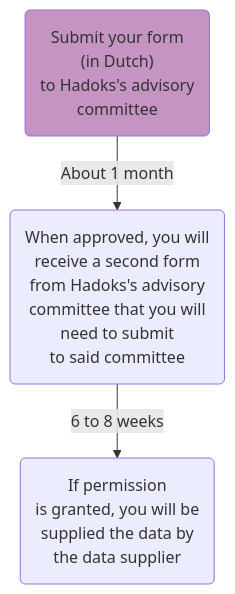
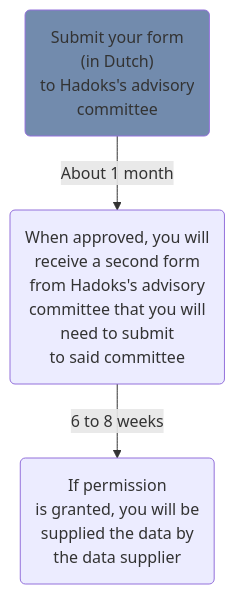
One commit to elan-dcc/elan-dcc.github.io changed the diagram in charts/hadoksdata.mmd. Above: the diagram before and after it, drawn with Mermaid. The commit also changed 83 other files, not shown here.

```diff
--- a/charts/hadoksdata.mmd
+++ b/charts/hadoksdata.mmd
@@ -1,17 +1,17 @@
 flowchart TD
     hadoks01("Submit your form 
     (in Dutch) 
     to Hadoks's advisory 
     committee") -->|About 1 month| hadoks02("When approved, you will 
     receive a second form 
     from Hadoks's advisory 
     committee that you will 
     need to submit
     to said committee")
     hadoks02 -->|6 to 8 weeks| hadoks03("If permission
     is granted, you will be 
     supplied the data by 
     the data supplier")
 
-    style hadoks01 fill:#c594c3
+    style hadoks01 fill:#728bad
     click hadoks01 "https://elan-dcc.github.io/hadoks_projectaanvragen_2024.docx" "Form application Hadoks" _blank
```
